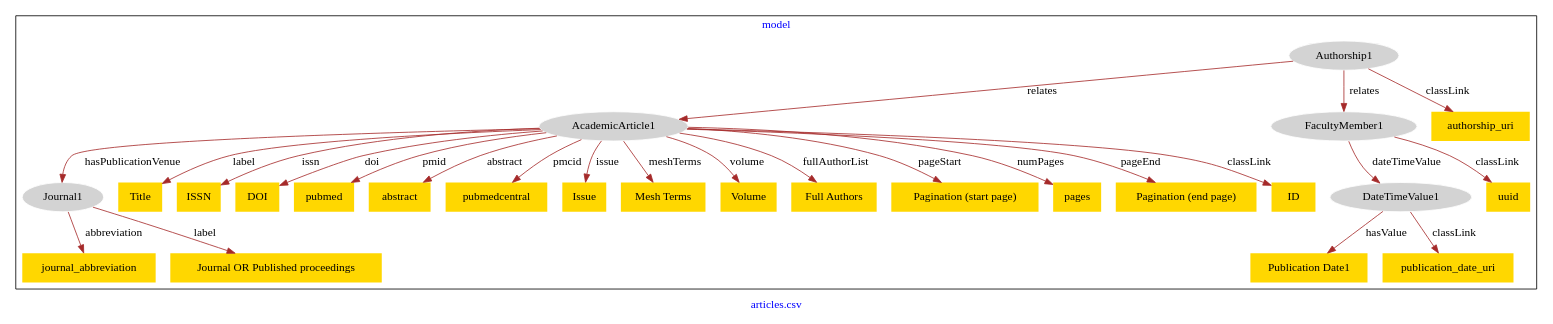
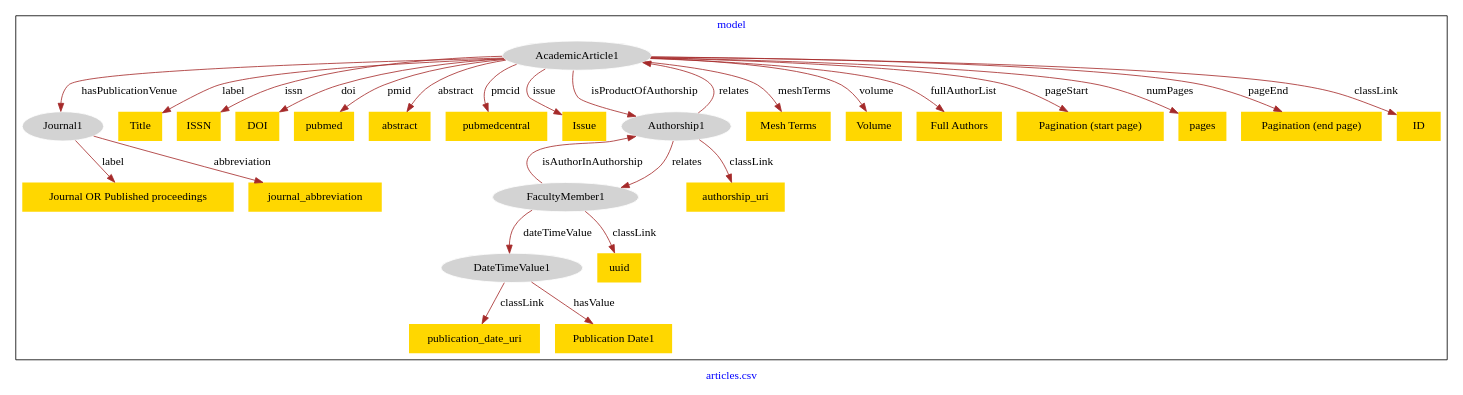
One commit to vioil/R2RML-Karma changed the diagram in data/articles/articles-model.dot. Above: the diagram before and after it, drawn with Graphviz. The commit also changed 8 other files, not shown here.

```diff
--- a/data/articles/articles-model.dot
+++ b/data/articles/articles-model.dot
@@ -1,57 +1,59 @@
 digraph n0 {
 fontcolor="blue"
 remincross="true"
 label="articles.csv"
 subgraph cluster {
 label="model"
 n2[style="filled",color="white",fillcolor="lightgray",label="AcademicArticle1"];
 n3[style="filled",color="white",fillcolor="lightgray",label="Journal1"];
 n4[style="filled",color="white",fillcolor="lightgray",label="Authorship1"];
 n5[style="filled",color="white",fillcolor="lightgray",label="FacultyMember1"];
 n6[style="filled",color="white",fillcolor="lightgray",label="DateTimeValue1"];
 n7[shape="plaintext",style="filled",fillcolor="gold",label="Title"];
 n8[shape="plaintext",style="filled",fillcolor="gold",label="ISSN"];
-n9[shape="plaintext",style="filled",fillcolor="gold",label="DOI"];
-n10[shape="plaintext",style="filled",fillcolor="gold",label="journal_abbreviation"];
-n11[shape="plaintext",style="filled",fillcolor="gold",label="pubmed"];
-n12[shape="plaintext",style="filled",fillcolor="gold",label="Journal OR Published proceedings"];
-n13[shape="plaintext",style="filled",fillcolor="gold",label="abstract"];
-n14[shape="plaintext",style="filled",fillcolor="gold",label="Publication Date1"];
-n15[shape="plaintext",style="filled",fillcolor="gold",label="pubmedcentral"];
-n16[shape="plaintext",style="filled",fillcolor="gold",label="Issue"];
-n17[shape="plaintext",style="filled",fillcolor="gold",label="Mesh Terms"];
-n18[shape="plaintext",style="filled",fillcolor="gold",label="Volume"];
-n19[shape="plaintext",style="filled",fillcolor="gold",label="Full Authors"];
-n20[shape="plaintext",style="filled",fillcolor="gold",label="Pagination (start page)"];
-n21[shape="plaintext",style="filled",fillcolor="gold",label="pages"];
-n22[shape="plaintext",style="filled",fillcolor="gold",label="Pagination (end page)"];
-n23[shape="plaintext",style="filled",fillcolor="gold",label="publication_date_uri"];
-n24[shape="plaintext",style="filled",fillcolor="gold",label="uuid"];
-n25[shape="plaintext",style="filled",fillcolor="gold",label="ID"];
-n26[shape="plaintext",style="filled",fillcolor="gold",label="authorship_uri"];
+n9[shape="plaintext",style="filled",fillcolor="gold",label="publication_date_uri"];
+n10[shape="plaintext",style="filled",fillcolor="gold",label="DOI"];
+n11[shape="plaintext",style="filled",fillcolor="gold",label="journal_abbreviation"];
+n12[shape="plaintext",style="filled",fillcolor="gold",label="pubmed"];
+n13[shape="plaintext",style="filled",fillcolor="gold",label="authorship_uri"];
+n14[shape="plaintext",style="filled",fillcolor="gold",label="Journal OR Published proceedings"];
+n15[shape="plaintext",style="filled",fillcolor="gold",label="abstract"];
+n16[shape="plaintext",style="filled",fillcolor="gold",label="Publication Date1"];
+n17[shape="plaintext",style="filled",fillcolor="gold",label="pubmedcentral"];
+n18[shape="plaintext",style="filled",fillcolor="gold",label="Issue"];
+n19[shape="plaintext",style="filled",fillcolor="gold",label="Mesh Terms"];
+n20[shape="plaintext",style="filled",fillcolor="gold",label="Volume"];
+n21[shape="plaintext",style="filled",fillcolor="gold",label="Full Authors"];
+n22[shape="plaintext",style="filled",fillcolor="gold",label="Pagination (start page)"];
+n23[shape="plaintext",style="filled",fillcolor="gold",label="pages"];
+n24[shape="plaintext",style="filled",fillcolor="gold",label="Pagination (end page)"];
+n25[shape="plaintext",style="filled",fillcolor="gold",label="uuid"];
+n26[shape="plaintext",style="filled",fillcolor="gold",label="ID"];
 }
 n2 -> n3[color="brown",fontcolor="black",label="hasPublicationVenue"]
-n4 -> n2[color="brown",fontcolor="black",label="relates"]
+n2 -> n4[color="brown",fontcolor="black",label="isProductOfAuthorship"]
 n4 -> n5[color="brown",fontcolor="black",label="relates"]
 n5 -> n6[color="brown",fontcolor="black",label="dateTimeValue"]
 n2 -> n7[color="brown",fontcolor="black",label="label"]
 n2 -> n8[color="brown",fontcolor="black",label="issn"]
-n2 -> n9[color="brown",fontcolor="black",label="doi"]
-n3 -> n10[color="brown",fontcolor="black",label="abbreviation"]
-n2 -> n11[color="brown",fontcolor="black",label="pmid"]
-n3 -> n12[color="brown",fontcolor="black",label="label"]
-n2 -> n13[color="brown",fontcolor="black",label="abstract"]
-n6 -> n14[color="brown",fontcolor="black",label="hasValue"]
-n2 -> n15[color="brown",fontcolor="black",label="pmcid"]
-n2 -> n16[color="brown",fontcolor="black",label="issue"]
-n2 -> n17[color="brown",fontcolor="black",label="meshTerms"]
-n2 -> n18[color="brown",fontcolor="black",label="volume"]
-n2 -> n19[color="brown",fontcolor="black",label="fullAuthorList"]
-n2 -> n20[color="brown",fontcolor="black",label="pageStart"]
-n2 -> n21[color="brown",fontcolor="black",label="numPages"]
-n2 -> n22[color="brown",fontcolor="black",label="pageEnd"]
-n6 -> n23[color="brown",fontcolor="black",label="classLink"]
-n5 -> n24[color="brown",fontcolor="black",label="classLink"]
-n2 -> n25[color="brown",fontcolor="black",label="classLink"]
-n4 -> n26[color="brown",fontcolor="black",label="classLink"]
+n6 -> n9[color="brown",fontcolor="black",label="classLink"]
+n2 -> n10[color="brown",fontcolor="black",label="doi"]
+n3 -> n11[color="brown",fontcolor="black",label="abbreviation"]
+n2 -> n12[color="brown",fontcolor="black",label="pmid"]
+n4 -> n13[color="brown",fontcolor="black",label="classLink"]
+n3 -> n14[color="brown",fontcolor="black",label="label"]
+n2 -> n15[color="brown",fontcolor="black",label="abstract"]
+n6 -> n16[color="brown",fontcolor="black",label="hasValue"]
+n2 -> n17[color="brown",fontcolor="black",label="pmcid"]
+n2 -> n18[color="brown",fontcolor="black",label="issue"]
+n2 -> n19[color="brown",fontcolor="black",label="meshTerms"]
+n2 -> n20[color="brown",fontcolor="black",label="volume"]
+n2 -> n21[color="brown",fontcolor="black",label="fullAuthorList"]
+n2 -> n22[color="brown",fontcolor="black",label="pageStart"]
+n2 -> n23[color="brown",fontcolor="black",label="numPages"]
+n2 -> n24[color="brown",fontcolor="black",label="pageEnd"]
+n5 -> n25[color="brown",fontcolor="black",label="classLink"]
+n2 -> n26[color="brown",fontcolor="black",label="classLink"]
+n5 -> n4[color="brown",fontcolor="black",label="isAuthorInAuthorship"]
+n4 -> n2[color="brown",fontcolor="black",label="relates"]
 }
```
